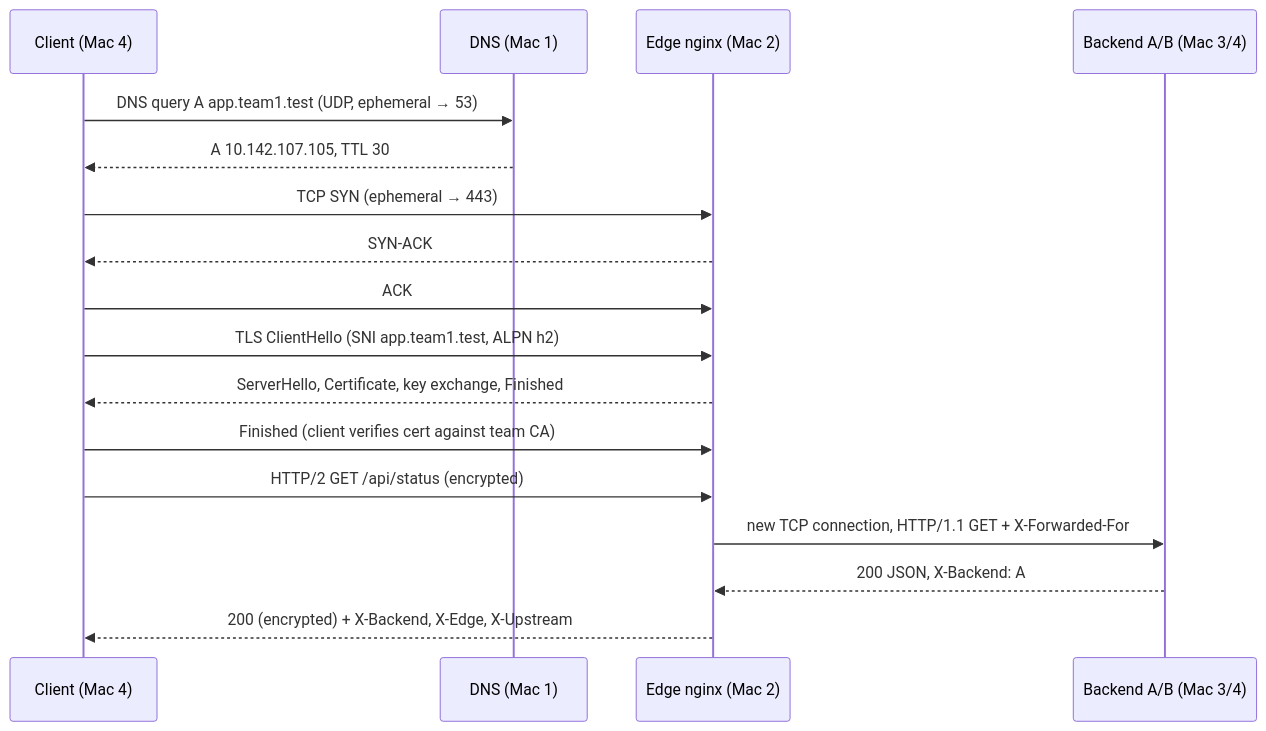
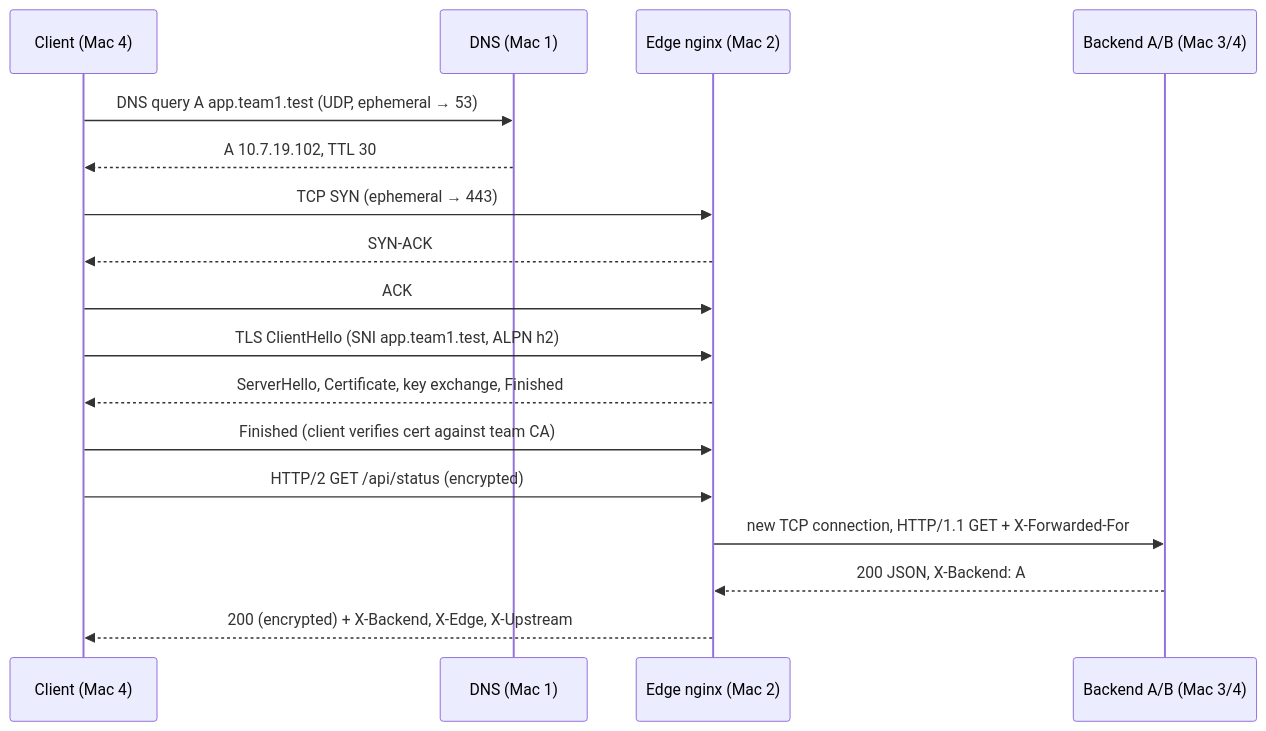
One commit to keshavvchhabra/main-cn changed the second of 2 diagrams in report.md. Above: the diagram before and after it, drawn with Mermaid. The commit also changed other lines of this file and 24 other files, not shown here.

````diff
--- a/report.md
+++ b/report.md
@@ -138,19 +152,19 @@
 ```mermaid
 sequenceDiagram
     participant C as Client (Mac 4)
     participant D as DNS (Mac 1)
     participant E as Edge nginx (Mac 2)
     participant B as Backend A/B (Mac 3/4)
     C->>D: DNS query A app.team1.test (UDP, ephemeral → 53)
-    D-->>C: A 10.142.107.105, TTL 30
+    D-->>C: A 10.7.19.102, TTL 30
     C->>E: TCP SYN (ephemeral → 443)
     E-->>C: SYN-ACK
     C->>E: ACK
     C->>E: TLS ClientHello (SNI app.team1.test, ALPN h2)
     E-->>C: ServerHello, Certificate, key exchange, Finished
     C->>E: Finished (client verifies cert against team CA)
     C->>E: HTTP/2 GET /api/status (encrypted)
     E->>B: new TCP connection, HTTP/1.1 GET + X-Forwarded-For
     B-->>E: 200 JSON, X-Backend: A
     E-->>C: 200 (encrypted) + X-Backend, X-Edge, X-Upstream
 ```
````
